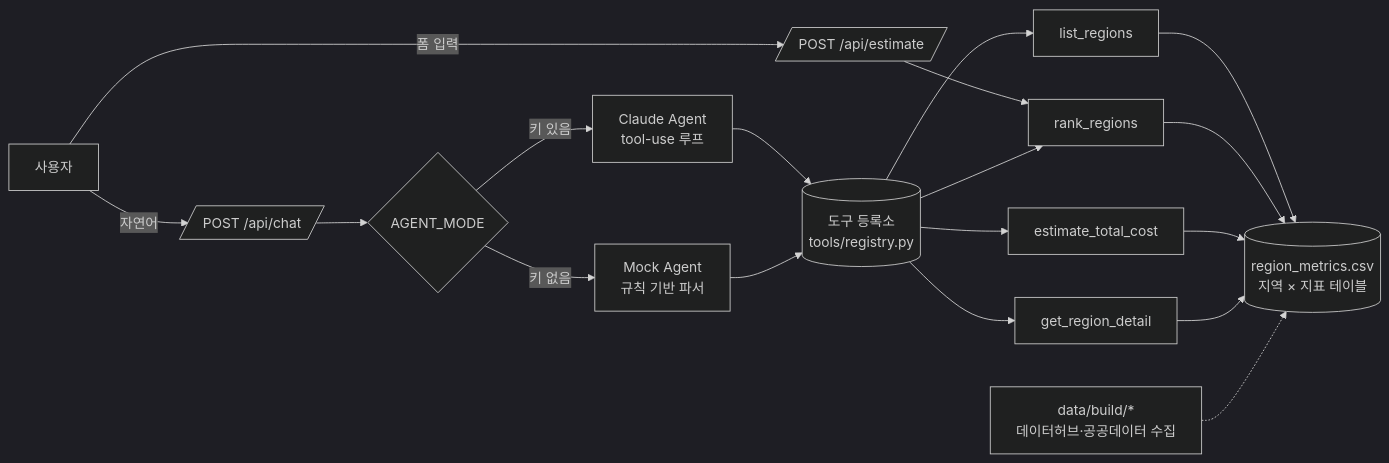
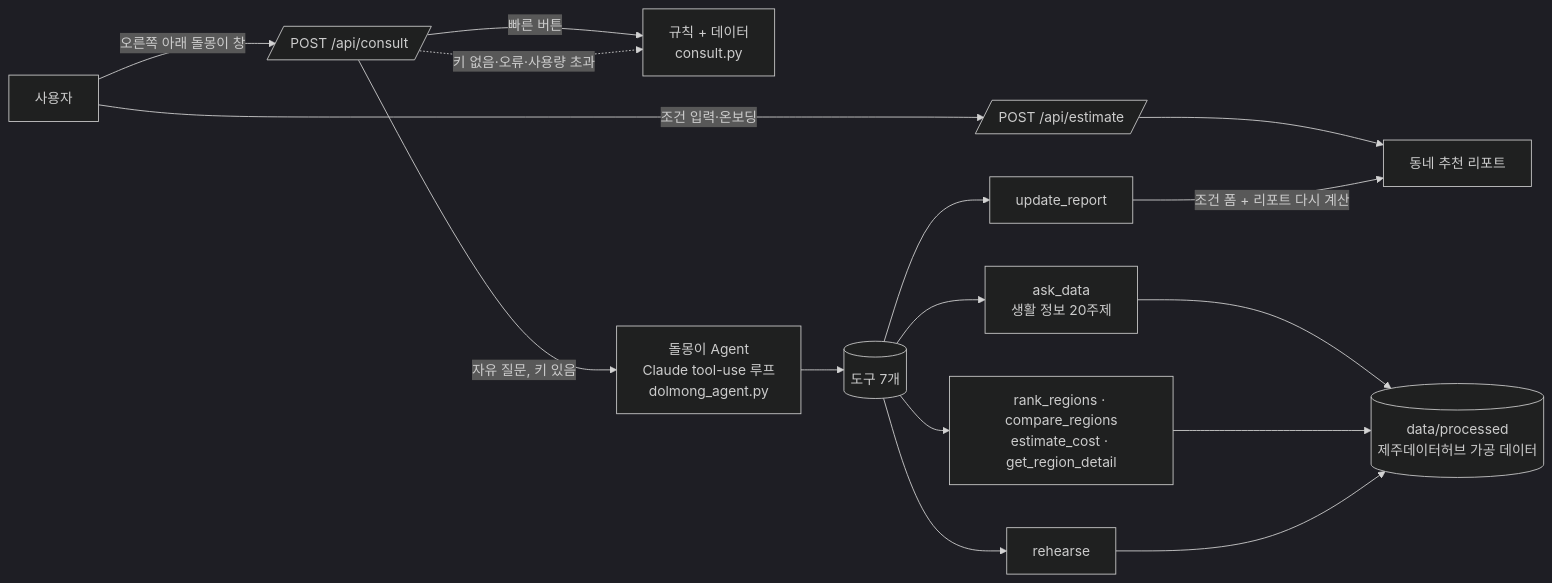
One commit to jaeho222/dol_mong_e changed the diagram in README.md. Above: the diagram before and after it, drawn with Mermaid (dark theme). The commit also changed other lines of this file and 8 other files, not shown here.

First line of the commit message:
돌몽이 상담을 플로팅 창 + AI Agent 방식으로 교체

````diff
--- a/README.md
+++ b/README.md
@@ -77,16 +77,16 @@
 ```mermaid
 flowchart LR
-  U[사용자] -->|폼 입력| F1[/POST /api/estimate/]
-  U -->|자연어| F2[/POST /api/chat/]
-  F2 --> A{AGENT_MODE}
-  A -->|키 있음| C[Claude Agent<br/>tool-use 루프]
-  A -->|키 없음| M[Mock Agent<br/>규칙 기반 파서]
-  C & M --> R[(도구 등록소<br/>tools/registry.py)]
-  F1 --> T2
-  R --> T1[list_regions]
-  R --> T2[rank_regions]
-  R --> T3[estimate_total_cost]
-  R --> T4[get_region_detail]
-  T1 & T2 & T3 & T4 --> D[(region_metrics.csv<br/>지역 × 지표 테이블)]
-  B[data/build/*<br/>데이터허브·공공데이터 수집] -.-> D
+  U[사용자] -->|조건 입력·온보딩| F1[/POST /api/estimate/]
+  F1 --> REP[동네 추천 리포트]
+  U -->|오른쪽 아래 돌몽이 창| F2[/POST /api/consult/]
+  F2 -->|빠른 버튼| RULE[규칙 + 데이터<br/>consult.py]
+  F2 -->|자유 질문, 키 있음| AG[돌몽이 Agent<br/>Claude tool-use 루프<br/>dolmong_agent.py]
+  F2 -.->|키 없음·오류·사용량 초과| RULE
+  AG --> TL[(도구 7개)]
+  TL --> T1[ask_data<br/>생활 정보 20주제]
+  TL --> T2[rank_regions · compare_regions<br/>estimate_cost · get_region_detail]
+  TL --> T3[rehearse]
+  TL --> T4[update_report]
+  T4 -->|조건 폼 + 리포트 다시 계산| REP
+  T1 & T2 & T3 --> D[(data/processed<br/>제주데이터허브 가공 데이터)]
 ```
````
